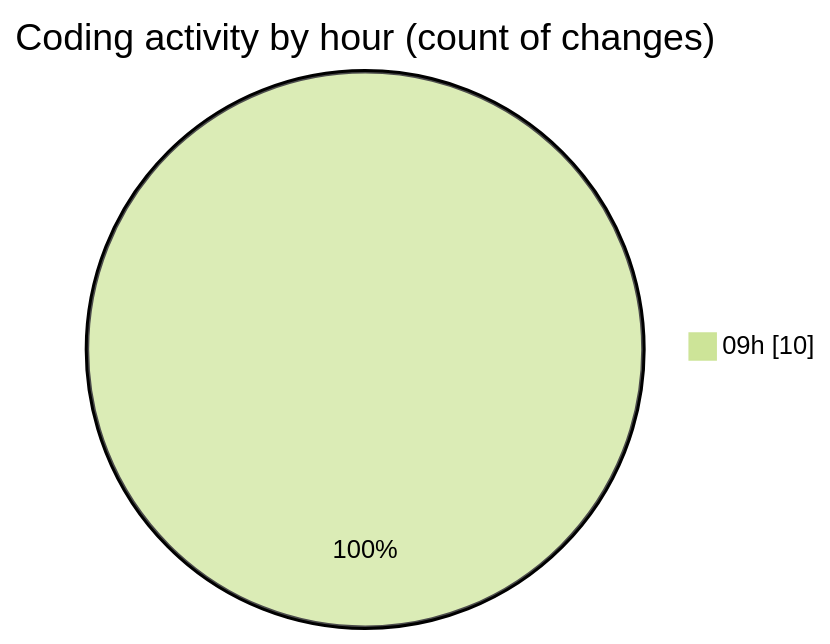
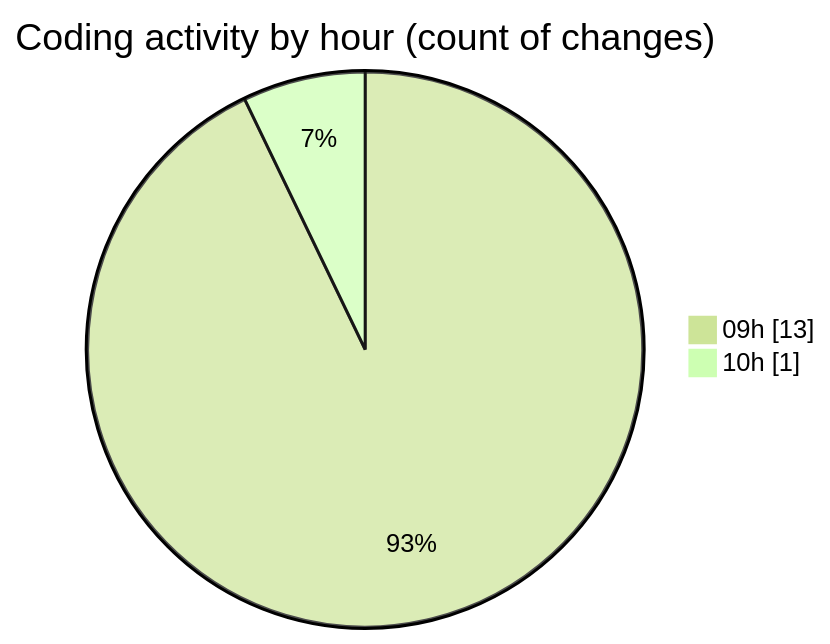
One commit to LanceThiago/code-tracking changed the second of 2 diagrams in 2025-01-06/totem/README.md. Above: the diagram before and after it, drawn with Mermaid (forest theme). The commit also changed other lines of this file and 1 other file, not shown here.

````diff
--- a/2025-01-06/totem/README.md
+++ b/2025-01-06/totem/README.md
@@ -30,5 +30,6 @@
 ```mermaid
 pie showData
 title Coding activity by hour (count of changes)
-"09h" : 10
+"09h" : 13
+"10h" : 1
 ```
````
